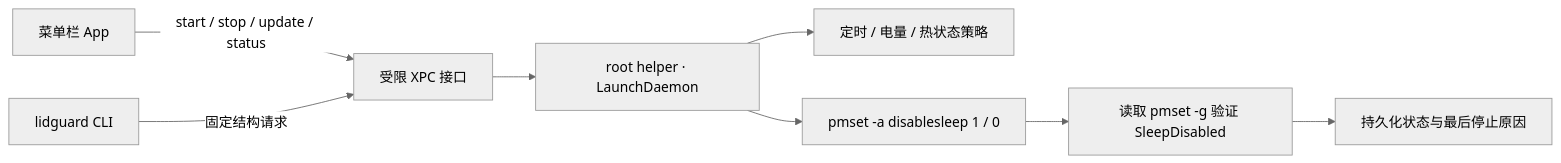
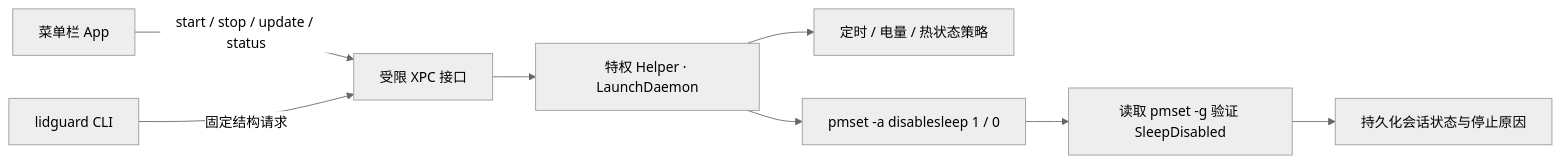
The diagram in README.zh-CN.md (aermin/LidGuard), drawn with Mermaid (neutral theme) before and after one commit. The commit also changed other lines of this file, not shown here.

````diff
--- a/README.zh-CN.md
+++ b/README.zh-CN.md
@@ -229,10 +229,10 @@
 ```mermaid
 flowchart LR
     App["菜单栏 App"] -->|"start / stop / update / status"| XPC["受限 XPC 接口"]
     CLI["lidguard CLI"] -->|"固定结构请求"| XPC
-    XPC --> Helper["root helper · LaunchDaemon"]
+    XPC --> Helper["特权 Helper · LaunchDaemon"]
     Helper --> Policy["定时 / 电量 / 热状态策略"]
     Helper --> PM["pmset -a disablesleep 1 / 0"]
     PM --> Verify["读取 pmset -g 验证 SleepDisabled"]
-    Verify --> State["持久化状态与最后停止原因"]
+    Verify --> State["持久化会话状态与停止原因"]
 ```
````
